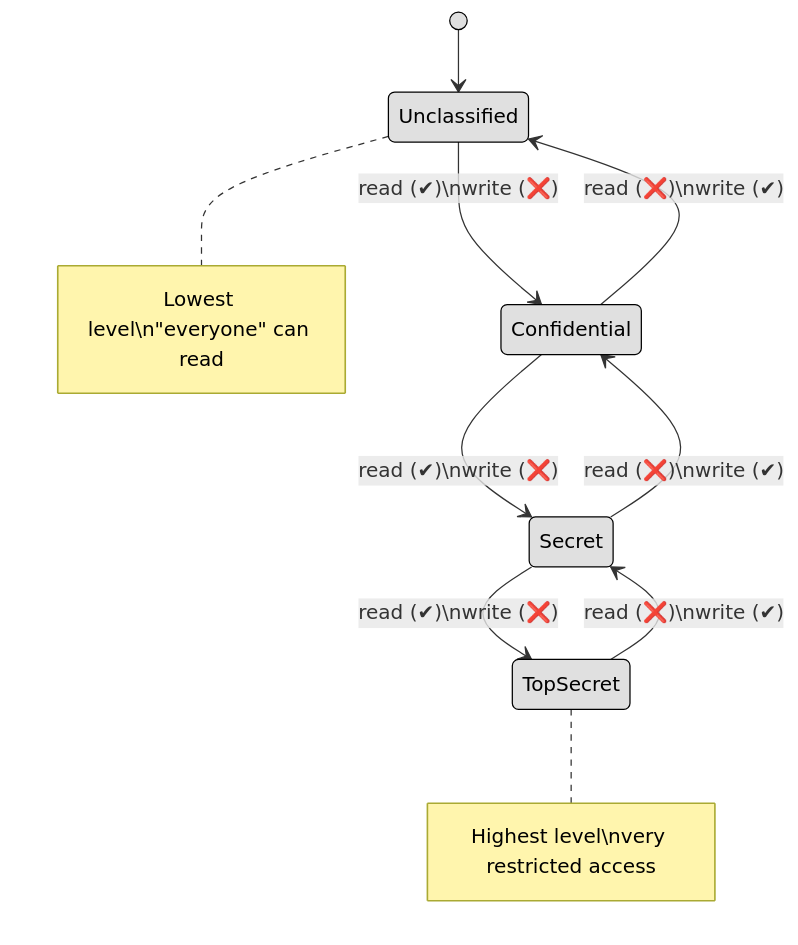
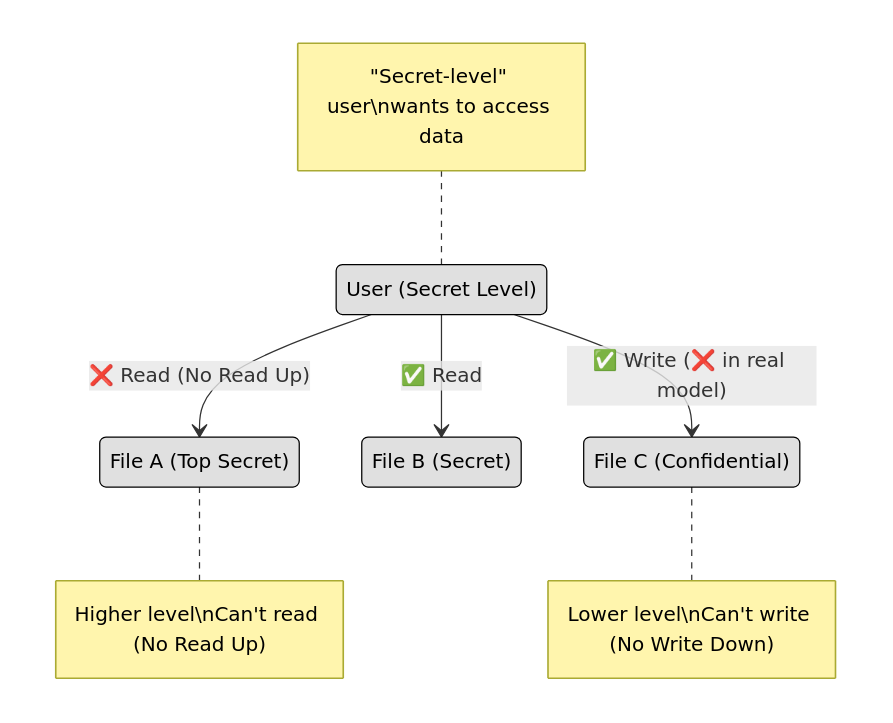
The ninth of 9 diagrams in DOMAIN3: Security Architecture and Engineering/3.02 Understand the fundamental concepts of security models (e.g. Biba, STar Model, Bell Lapadula).md (lorenzoleonelli/CISSP-Zero-to-Hero), drawn with Mermaid before and after one commit.

Commit message:
Update 3.02 Understand the fundamental concepts of security models (e.g. Biba, STar Model, Bell Lapadula).md

````diff
--- a/DOMAIN3: Security Architecture and Engineering/3.02 Understand the fundamental concepts of security models (e.g. Biba, STar Model, Bell Lapadula).md
+++ b/DOMAIN3: Security Architecture and Engineering/3.02 Understand the fundamental concepts of security models (e.g. Biba, STar Model, Bell Lapadula).md
@@ -250,27 +250,30 @@
 ```mermaid
 
 stateDiagram-v2
     direction TB
 
-    [*] --> Unclassified
-    Unclassified --> Confidential : read (✔)\nwrite (❌)
-    Confidential --> Unclassified : read (❌)\nwrite (✔)
+    state "User (Secret Level)" as User
+    state "File A (Top Secret)" as FileTS
+    state "File B (Secret)" as FileS
+    state "File C (Confidential)" as FileC
 
-    Confidential --> Secret : read (✔)\nwrite (❌)
-    Secret --> Confidential : read (❌)\nwrite (✔)
+    User --> FileTS : ❌ Read (No Read Up)
+    User --> FileS : ✅ Read
+    User --> FileC : ✅ Write (❌ in real model)
 
-    Secret --> TopSecret : read (✔)\nwrite (❌)
-    TopSecret --> Secret : read (❌)\nwrite (✔)
-
-    note right of Unclassified
-      Lowest level\n"everyone" can read
+    note right of FileTS
+      Higher level\nCan't read (No Read Up)
     end note
 
-    note right of TopSecret
-      Highest level\nvery restricted access
+    note right of FileC
+      Lower level\nCan't write (No Write Down)
+    end note
+
+    note left of User
+      "Secret-level" user\nwants to access data
     end note
 
 
     classDef center fill:#ffffff,color:#000000,stroke:#000000,stroke-width:1px,font-weight:bold
     classDef node fill:#e0e0e0,color:#000000,stroke:#000000,stroke-width:1px
 ```
````
